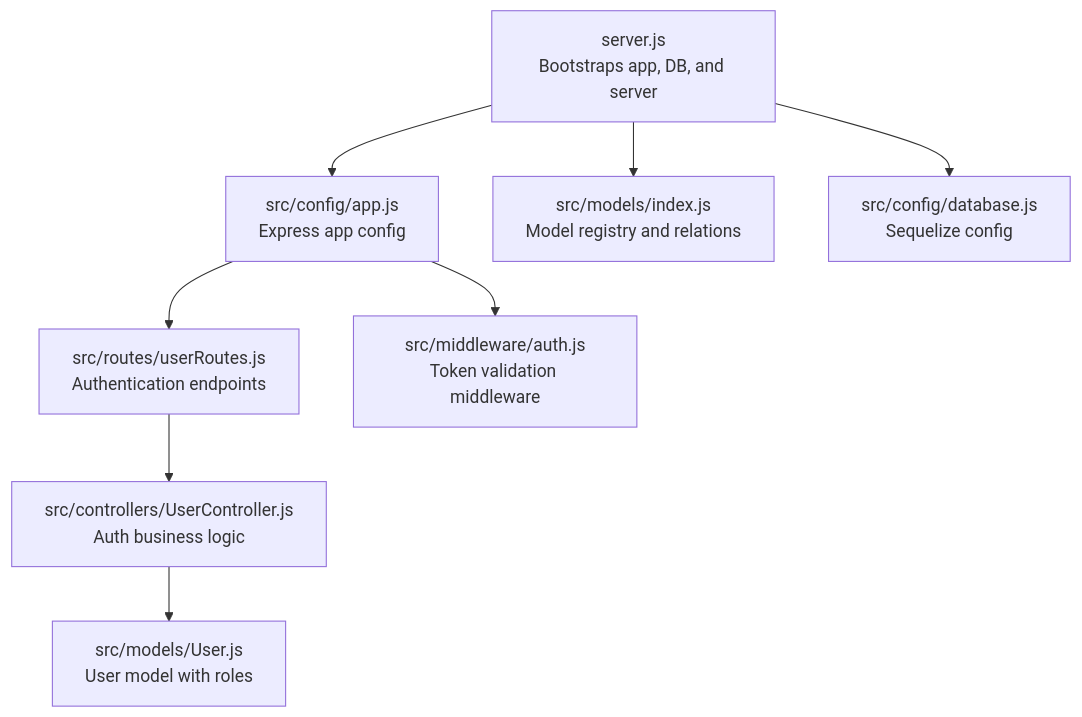
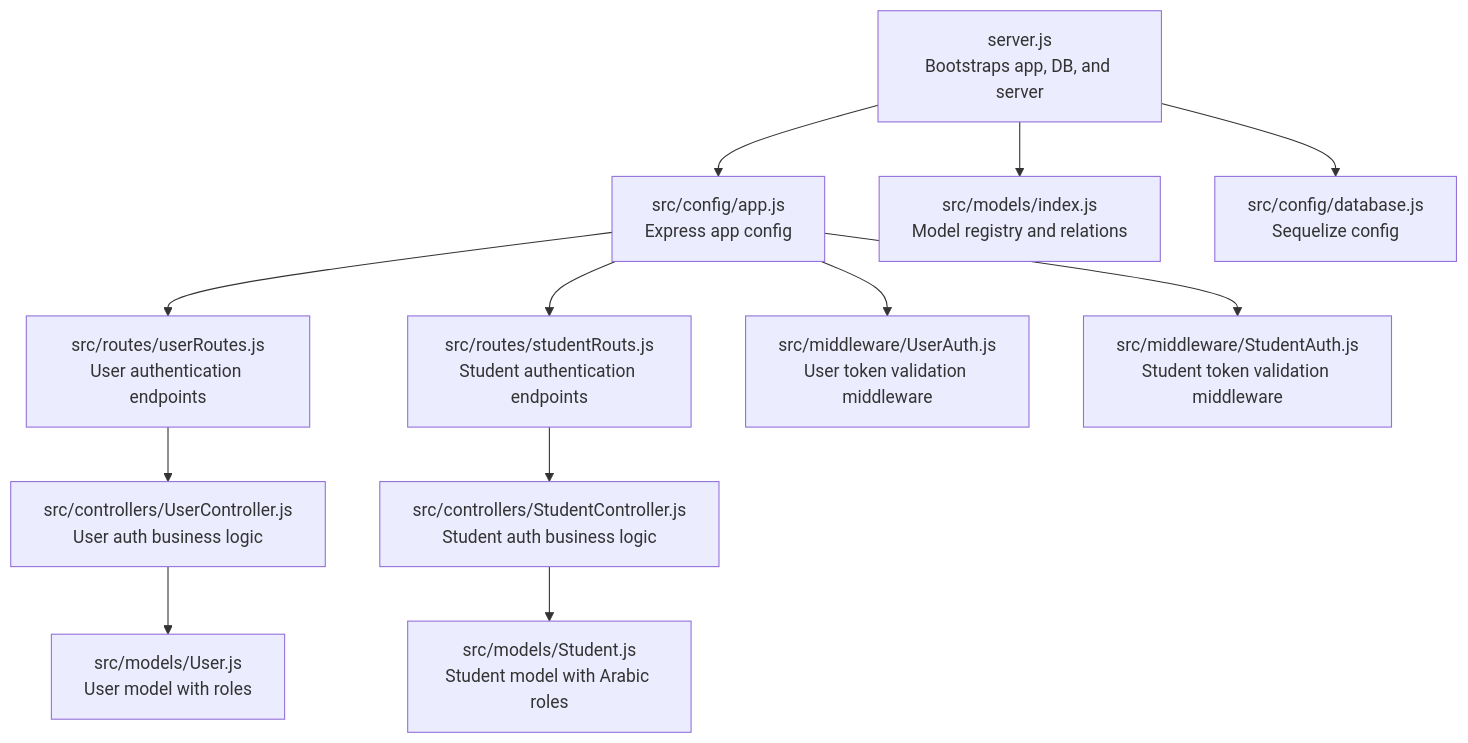
The first of 6 diagrams in .qoder/repowiki/en/content/Authentication & Authorization/Authentication & Authorization.md (Mreng78/khirocom_project), drawn with Mermaid before and after one commit. The commit also changed other lines of this file and 17 other files, not shown here.

````diff
--- a/.qoder/repowiki/en/content/Authentication & Authorization/Authentication & Authorization.md
+++ b/.qoder/repowiki/en/content/Authentication & Authorization/Authentication & Authorization.md
@@ -45,10 +51,14 @@
 ```mermaid
 graph TB
 Server["server.js<br/>Bootstraps app, DB, and server"] --> App["src/config/app.js<br/>Express app config"]
 Server --> ModelsIndex["src/models/index.js<br/>Model registry and relations"]
-App --> UserRoutes["src/routes/userRoutes.js<br/>Authentication endpoints"]
-UserRoutes --> UserController["src/controllers/UserController.js<br/>Auth business logic"]
+App --> UserRoutes["src/routes/userRoutes.js<br/>User authentication endpoints"]
+App --> StudentRoutes["src/routes/studentRouts.js<br/>Student authentication endpoints"]
+UserRoutes --> UserController["src/controllers/UserController.js<br/>User auth business logic"]
+StudentRoutes --> StudentController["src/controllers/StudentController.js<br/>Student auth business logic"]
 UserController --> UserModel["src/models/User.js<br/>User model with roles"]
-App --> AuthMiddleware["src/middleware/auth.js<br/>Token validation middleware"]
+StudentController --> StudentModel["src/models/Student.js<br/>Student model with Arabic roles"]
+App --> UserAuth["src/middleware/UserAuth.js<br/>User token validation middleware"]
+App --> StudentAuth["src/middleware/StudentAuth.js<br/>Student token validation middleware"]
 Server --> DBConfig["src/config/database.js<br/>Sequelize config"]
 ```
````
